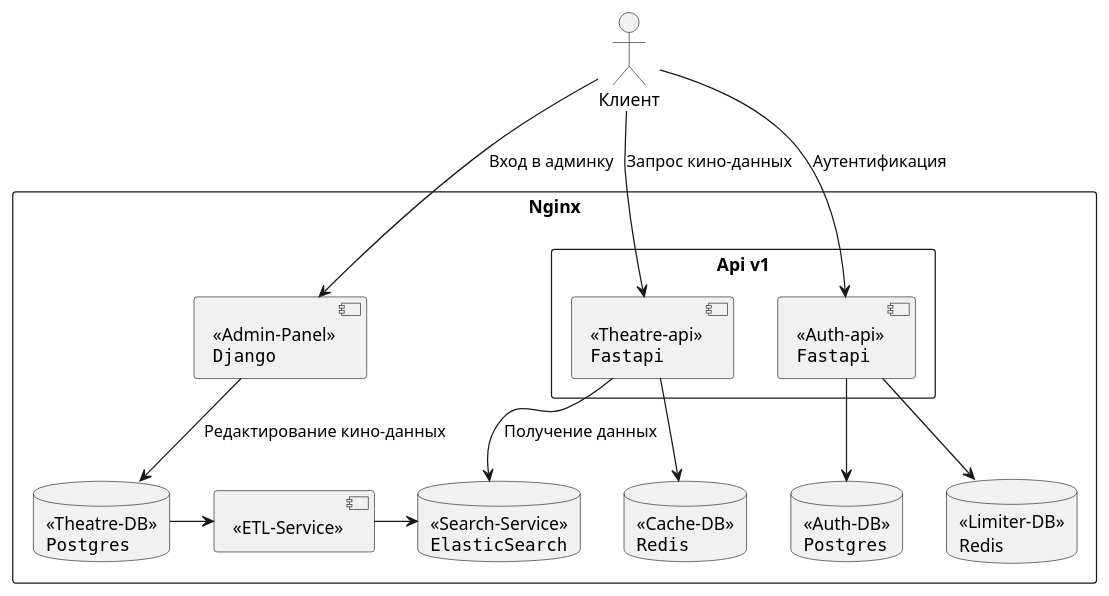
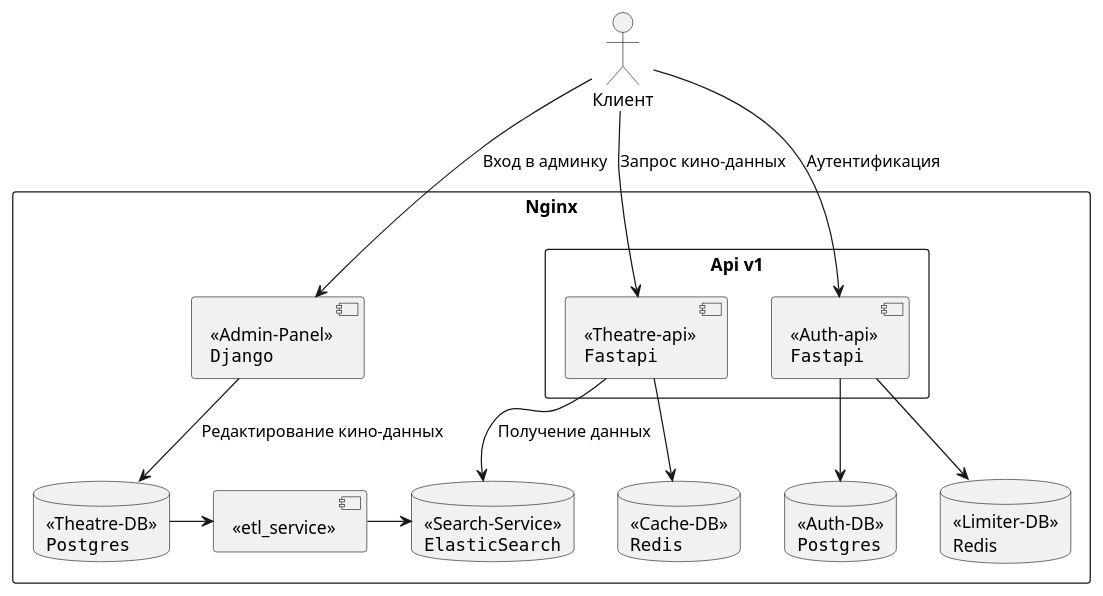
One commit to Garic-Che/ugc_team_3_sprint_2 changed the diagram in docs/current_arch/arch_main.wsd. Above: the diagram before and after it, drawn with PlantUML. The commit also changed 164 other files, not shown here.

```diff
--- a/docs/current_arch/arch_main.wsd
+++ b/docs/current_arch/arch_main.wsd
@@ -1,28 +1,28 @@
 @startuml Текущая архитектура
 skinparam componentStyle uml2
 actor Клиент as Client
 rectangle "Nginx" {
     component "<<Admin-Panel>>\n""Django""" as AdminPanel
-    component "<<ETL-Service>>" as ETLService
+    component "<<etl_service>>" as ETLService
     rectangle "Api v1" as ApiV1 {
         component "<<Theatre-api>>\n""Fastapi""" as TheatreApi
         component "<<Auth-api>>\n""Fastapi""" as AuthApi
     }
     database "<<Search-Service>>\n""ElasticSearch""" as SearchService
     database "<<Cache-DB>>\n""Redis""" as CacheDB
     database "<<Theatre-DB>>\n""Postgres""" as TheatreDB
     database "<<Auth-DB>>\n""Postgres""" as AuthDB
     database "<<Limiter-DB>>\nRedis" as LimiterDB
 }
 
 Client -down-> AdminPanel: Вход в админку
 Client -down-> TheatreApi: Запрос кино-данных
 Client -down-> AuthApi: Аутентификация
 TheatreApi -down-> SearchService: Получение данных
 TheatreApi -down-> CacheDB
 AdminPanel -down-> TheatreDB: Редактирование кино-данных
 AuthApi -down-> AuthDB
 AuthApi -down-> LimiterDB
 TheatreDB -> ETLService
 ETLService -> SearchService
 @enduml
```
